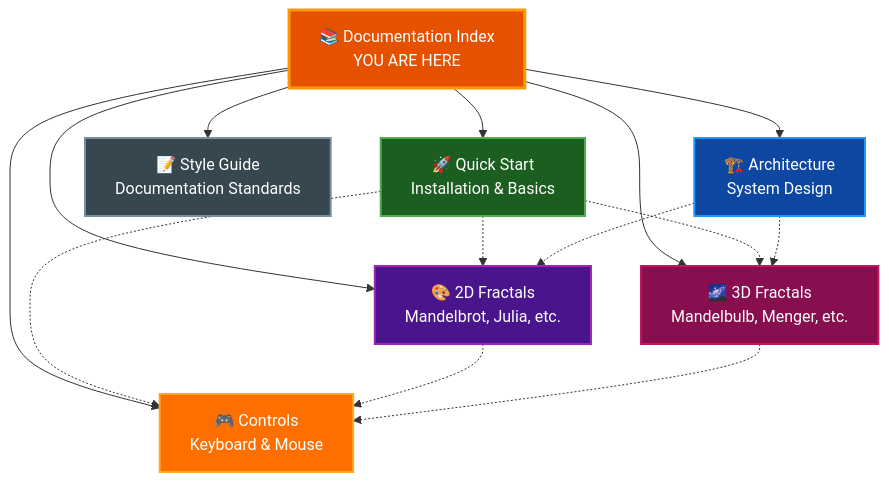
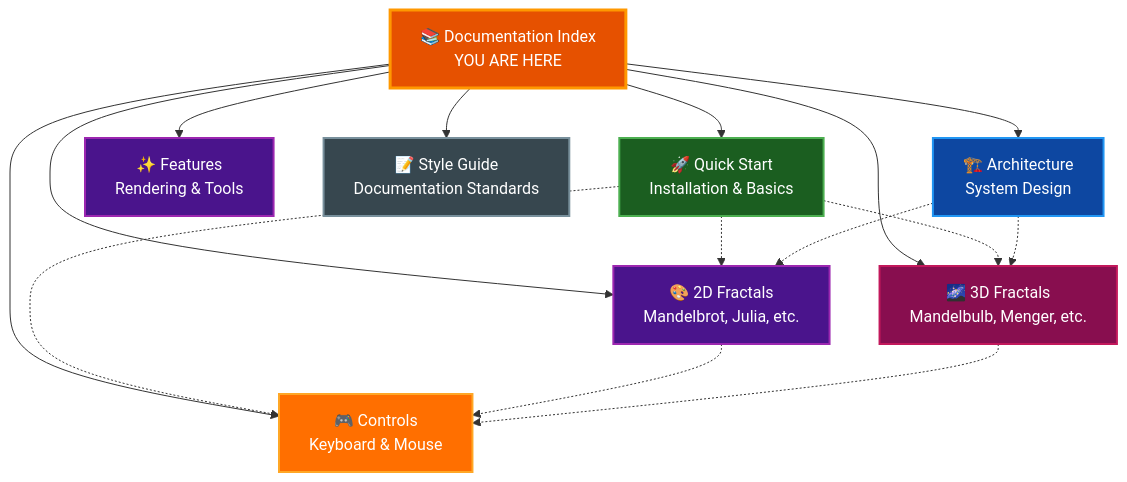
The diagram in docs/README.md (paulrobello/par-fractal), drawn with Mermaid before and after one commit. The commit also changed other lines of this file and 17 other files, not shown here.

````diff
--- a/docs/README.md
+++ b/docs/README.md
@@ -19,35 +19,45 @@
 ```mermaid
 graph TD
     Index[📚 Documentation Index<br/>YOU ARE HERE]
     Quick[🚀 Quick Start<br/>Installation & Basics]
     Arch[🏗️ Architecture<br/>System Design]
+    Features[✨ Features<br/>Rendering & Tools]
     Fractals2D[🎨 2D Fractals<br/>Mandelbrot, Julia, etc.]
     Fractals3D[🌌 3D Fractals<br/>Mandelbulb, Menger, etc.]
     Controls[🎮 Controls<br/>Keyboard & Mouse]
     Style[📝 Style Guide<br/>Documentation Standards]
 
     Index --> Quick
     Index --> Arch
+    Index --> Features
     Index --> Fractals2D
     Index --> Fractals3D
     Index --> Controls
     Index --> Style
 
     Quick -.-> Fractals2D
     Quick -.-> Fractals3D
     Quick -.-> Controls
 
     Fractals2D -.-> Controls
     Fractals3D -.-> Controls
 
     Arch -.-> Fractals2D
     Arch -.-> Fractals3D
 
-    style Index fill:#e65100,stroke:#ff9800,stroke-width:3px,color:#ffffff
-    style Quick fill:#1b5e20,stroke:#4caf50,stroke-width:2px,color:#ffffff
-    style Arch fill:#0d47a1,stroke:#2196f3,stroke-width:2px,color:#ffffff
-    style Fractals2D fill:#4a148c,stroke:#9c27b0,stroke-width:2px,color:#ffffff
-    style Fractals3D fill:#880e4f,stroke:#c2185b,stroke-width:2px,color:#ffffff
-    style Controls fill:#ff6f00,stroke:#ffa726,stroke-width:2px,color:#ffffff
-    style Style fill:#37474f,stroke:#78909c,stroke-width:2px,color:#ffffff
+    class Index primary
+    class Quick active
+    class Arch data
+    class Features,Fractals2D external
+    class Fractals3D accent
+    class Controls warning
+    class Style neutral
+
+    classDef primary fill:#e65100,stroke:#ff9800,stroke-width:3px,color:#ffffff
+    classDef active fill:#1b5e20,stroke:#4caf50,stroke-width:2px,color:#ffffff
+    classDef data fill:#0d47a1,stroke:#2196f3,stroke-width:2px,color:#ffffff
+    classDef external fill:#4a148c,stroke:#9c27b0,stroke-width:2px,color:#ffffff
+    classDef accent fill:#880e4f,stroke:#c2185b,stroke-width:2px,color:#ffffff
+    classDef warning fill:#ff6f00,stroke:#ffa726,stroke-width:2px,color:#ffffff
+    classDef neutral fill:#37474f,stroke:#78909c,stroke-width:2px,color:#ffffff
 ```
````
